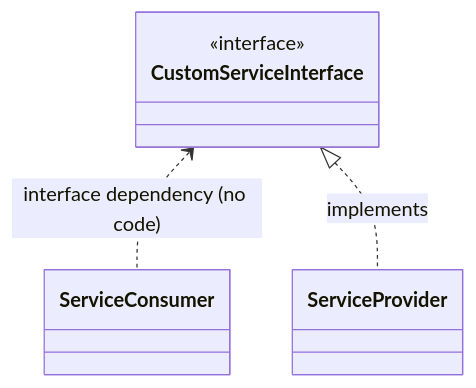
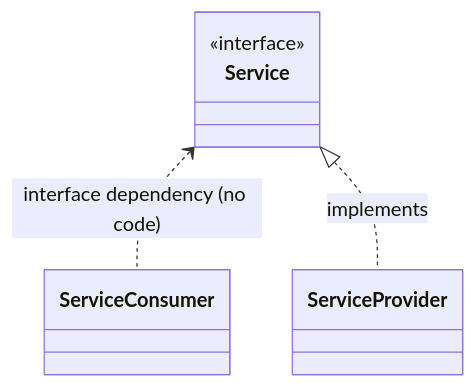
Before and after one commit to afpineda/cpp-minimal-dependency-injection: the first of 2 diagrams in README.md, drawn with Mermaid. The commit also changed other lines of this file, not shown here.

````diff
--- a/README.md
+++ b/README.md
@@ -8,8 +8,8 @@
 ```mermaid
 classDiagram
-    class CustomServiceInterface {
+    class Service {
         <<interface>>
     }
-    CustomServiceInterface <.. ServiceConsumer: interface dependency (no code)
-    CustomServiceInterface <|.. ServiceProvider: implements
+    Service <.. ServiceConsumer: interface dependency (no code)
+    Service <|.. ServiceProvider: implements
 ```
````
